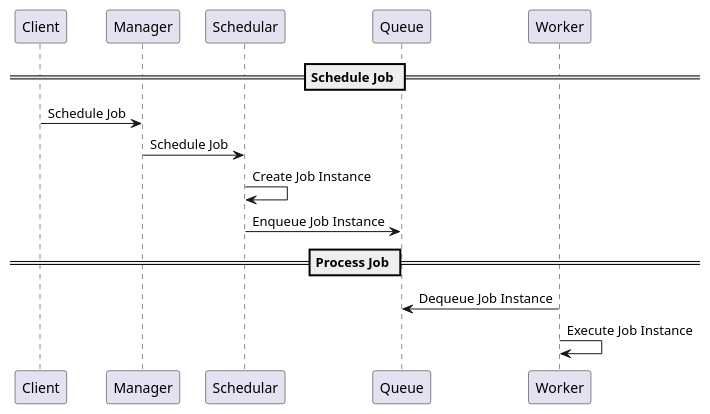
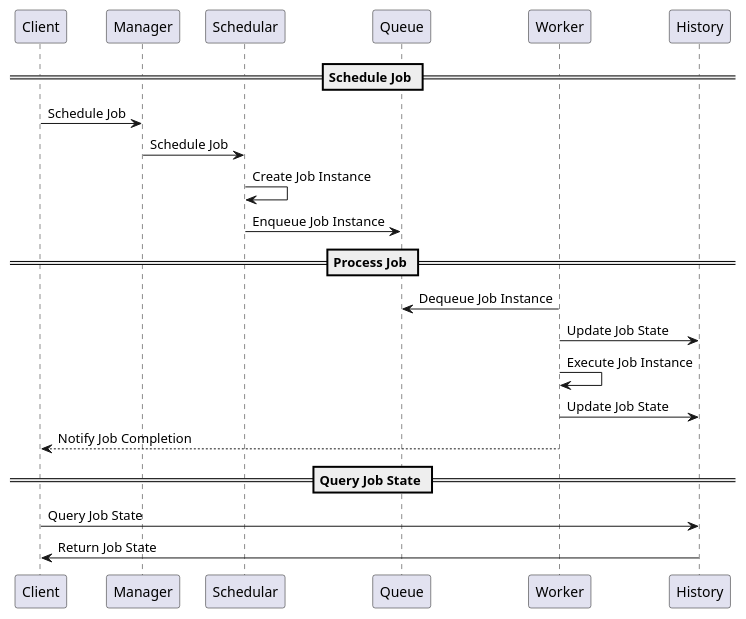
Before and after one commit to cybergarage/go-job: the diagram in doc/img/job_seqdgm.pu, drawn with PlantUML.

Commit message:
Update images

```diff
--- a/doc/img/job_seqdgm.pu
+++ b/doc/img/job_seqdgm.pu
@@ -1,14 +1,23 @@
 @startuml
 
 == Schedule Job ==
 
 Client -> Manager : Schedule Job
 Manager -> Schedular : Schedule Job
 Schedular -> Schedular : Create Job Instance
 Schedular -> Queue : Enqueue Job Instance
 
 == Process Job ==
 
 Worker -> Queue : Dequeue Job Instance
+Worker -> History : Update Job State
 Worker -> Worker : Execute Job Instance
+Worker -> History : Update Job State
+Worker --> Client : Notify Job Completion
+
+== Query Job State ==
+
+Client -> History : Query Job State
+History -> Client : Return Job State
+
 @enduml
```
